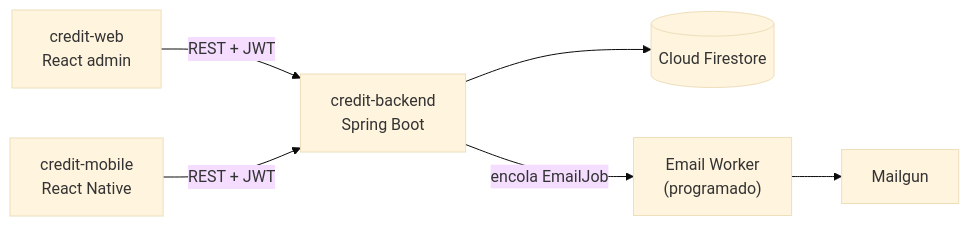
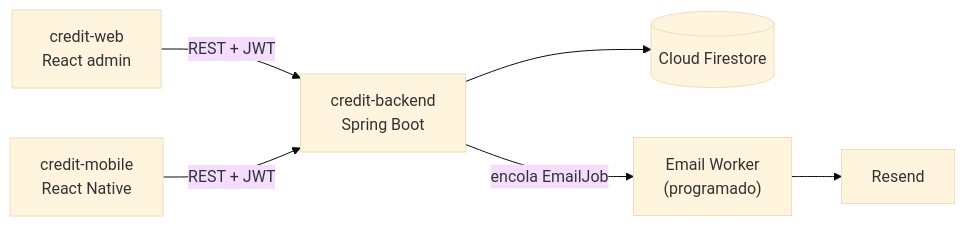
Before and after one commit to CarlosPolo019/credit-backend: the first of 4 diagrams in README.md, drawn with Mermaid (base theme). The commit also changed other lines of this file and 11 other files, not shown here.

````diff
--- a/README.md
+++ b/README.md
@@ -39,8 +39,8 @@
 ```mermaid
 flowchart LR
   web["credit-web<br/>React admin"] -->|REST + JWT| api["credit-backend<br/>Spring Boot"]
   mobile["credit-mobile<br/>React Native"] -->|REST + JWT| api
   api --> firestore[("Cloud Firestore")]
   api -->|encola EmailJob| worker["Email Worker<br/>(programado)"]
-  worker --> mailgun["Mailgun"]
+  worker --> resend["Resend"]
 ```
````
